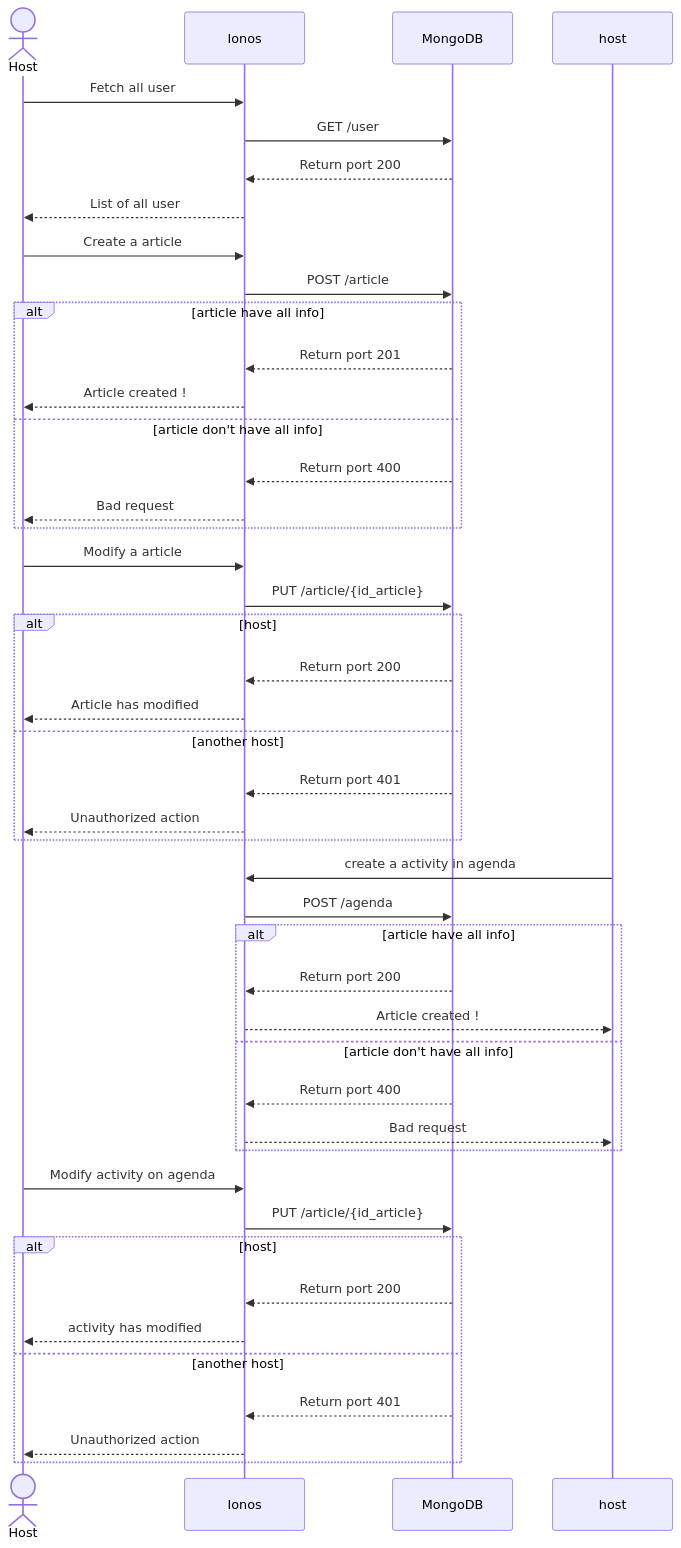
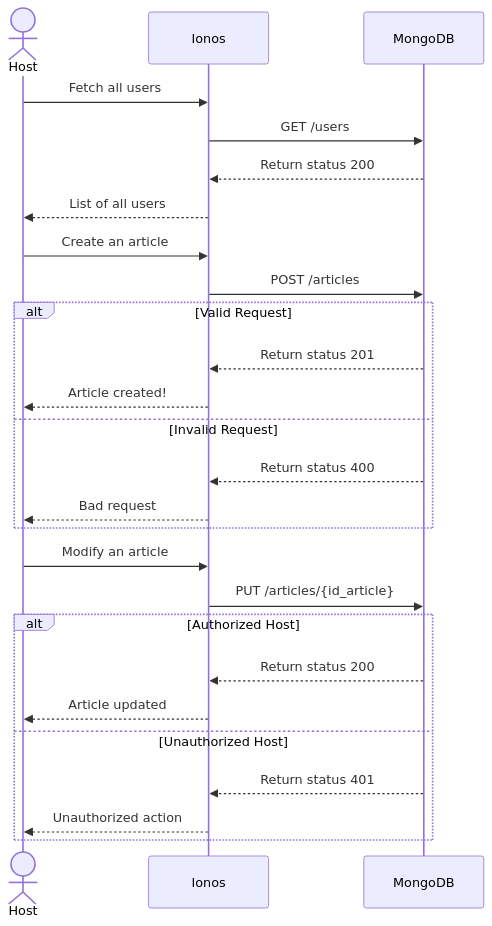
Before and after one commit to Cyprien-GEHU/Repaires_des_2_vallees: the second of 2 diagrams in Stage 3/README.md, drawn with Mermaid. The commit also changed other lines of this file, not shown here.

Commit message:
doc: restructure user stories section for clarity and consistency in README

````diff
--- a/Stage 3/README.md
+++ b/Stage 3/README.md
@@ -109,51 +130,31 @@
-```mermaid 
+```mermaid
 sequenceDiagram
     actor Host
     participant Ionos
     participant MongoDB
 
-    Host->>Ionos: Fetch all user
-    Ionos->>MongoDB: GET /user
-    MongoDB-->>Ionos: Return port 200
-    Ionos-->>Host: List of all user
+    Host->>Ionos: Fetch all users
+    Ionos->>MongoDB: GET /users
+    MongoDB-->>Ionos: Return status 200
+    Ionos-->>Host: List of all users
 
-    Host->>Ionos: Create a article
-    Ionos->>MongoDB: POST /article
-    alt article have all info
-    MongoDB-->>Ionos: Return port 201
-    Ionos-->>Host: Article created !
-    else article don't have all info
-    MongoDB-->>Ionos: Return port 400
+    Host->>Ionos: Create an article
+    Ionos->>MongoDB: POST /articles
+    alt Valid Request
+    MongoDB-->>Ionos: Return status 201
+    Ionos-->>Host: Article created!
+    else Invalid Request
+    MongoDB-->>Ionos: Return status 400
     Ionos-->>Host: Bad request
     end
 
-    Host->>Ionos: Modify a article
-    Ionos->>MongoDB: PUT /article/{id_article}
-    alt host
-    MongoDB-->>Ionos: Return port 200
-    Ionos-->>Host: Article has modified
-    else another host
-    MongoDB-->>Ionos: Return port 401
-    Ionos-->>Host: Unauthorized action 
-    end
-
-    host->>Ionos: create a activity in agenda
-    Ionos->>MongoDB: POST /agenda
-    alt article have all info
-    MongoDB-->>Ionos: Return port 200
-    Ionos-->>host: Article created !
-    else article don't have all info
-    MongoDB-->>Ionos: Return port 400
-    Ionos-->>host: Bad request
-    end
-
-    Host->>Ionos: Modify activity on agenda
-    Ionos->>MongoDB: PUT /article/{id_article}
-    alt host
-    MongoDB-->>Ionos: Return port 200
-    Ionos-->>Host: activity has modified
-    else another host
-    MongoDB-->>Ionos: Return port 401
-    Ionos-->>Host: Unauthorized action 
+    Host->>Ionos: Modify an article
+    Ionos->>MongoDB: PUT /articles/{id_article}
+    alt Authorized Host
+    MongoDB-->>Ionos: Return status 200
+    Ionos-->>Host: Article updated
+    else Unauthorized Host
+    MongoDB-->>Ionos: Return status 401
+    Ionos-->>Host: Unauthorized action
     end
 ```
````
